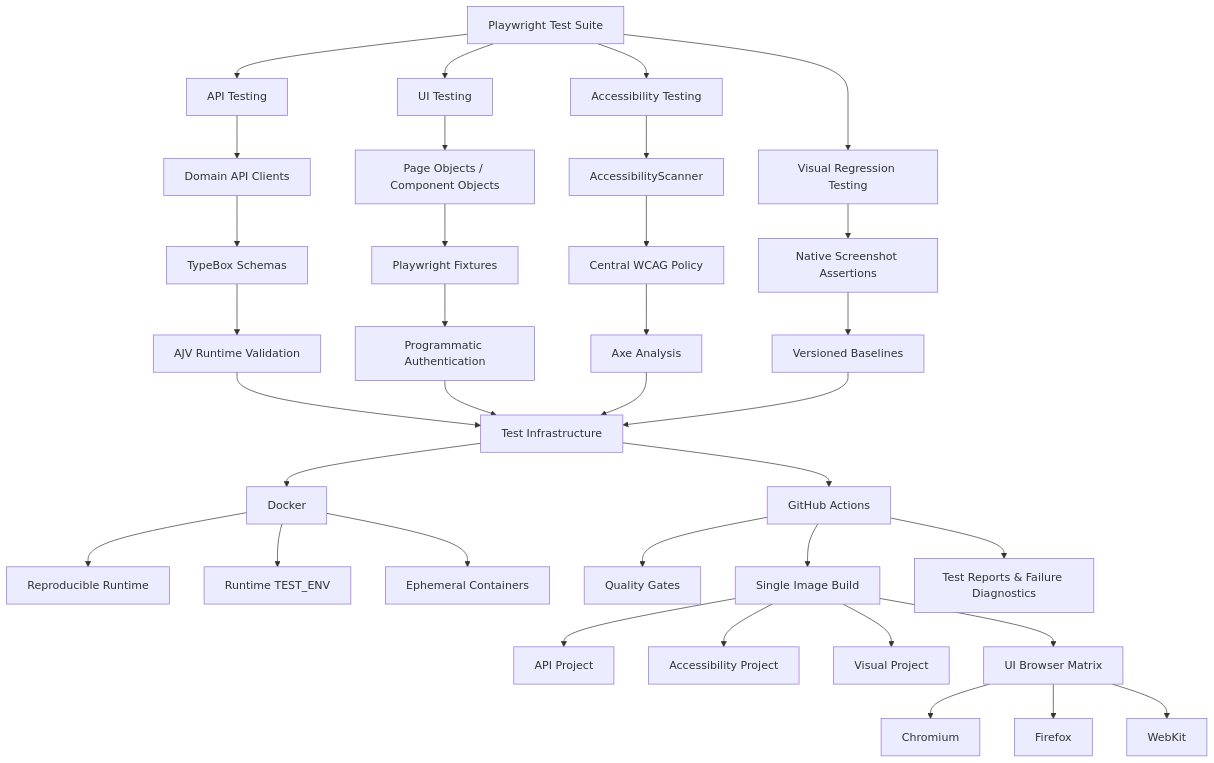
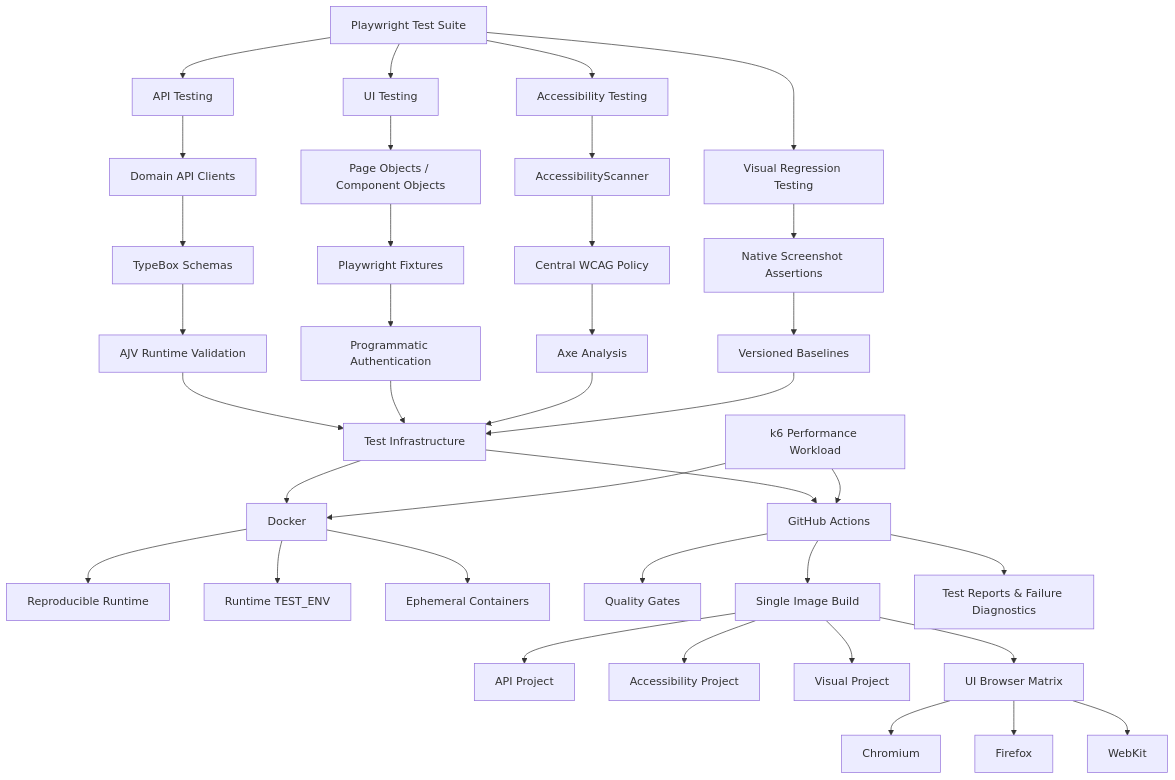
One commit to szabihudak/szabihudak-template-SDET-framework changed the diagram in README.md. Above: the diagram before and after it, drawn with Mermaid. The commit also changed other lines of this file and 9 other files, not shown here.

Commit message:
docs: align Week 7 performance, CI, and architecture documentation

````diff
--- a/README.md
+++ b/README.md
@@ -31,49 +36,53 @@
 ```mermaid
 flowchart TD
     A[Playwright Test Suite]
+    PERF[k6 Performance Workload]
 
     A --> B[API Testing]
     A --> C[UI Testing]
     A --> D[Accessibility Testing]
     A --> E[Visual Regression Testing]
 
     B --> F[Domain API Clients]
     F --> G[TypeBox Schemas]
     G --> H[AJV Runtime Validation]
 
     C --> I[Page Objects / Component Objects]
     I --> J[Playwright Fixtures]
     J --> K[Programmatic Authentication]
 
     D --> L[AccessibilityScanner]
     L --> M[Central WCAG Policy]
     M --> N[Axe Analysis]
 
     E --> O[Native Screenshot Assertions]
     O --> P[Versioned Baselines]
 
     H --> Q[Test Infrastructure]
     K --> Q
     N --> Q
     P --> Q
 
     Q --> R[Docker]
     Q --> S[GitHub Actions]
 
+    PERF --> R
+    PERF --> S
+
     R --> T[Reproducible Runtime]
     R --> U[Runtime TEST_ENV]
     R --> V[Ephemeral Containers]
 
     S --> W[Quality Gates]
     S --> X[Single Image Build]
     X --> Y[API Project]
     X --> Z[Accessibility Project]
     X --> AA[Visual Project]
     X --> AB[UI Browser Matrix]
 
     AB --> AC[Chromium]
     AB --> AD[Firefox]
     AB --> AE[WebKit]
 
     S --> AF[Test Reports & Failure Diagnostics]
 ```
````
